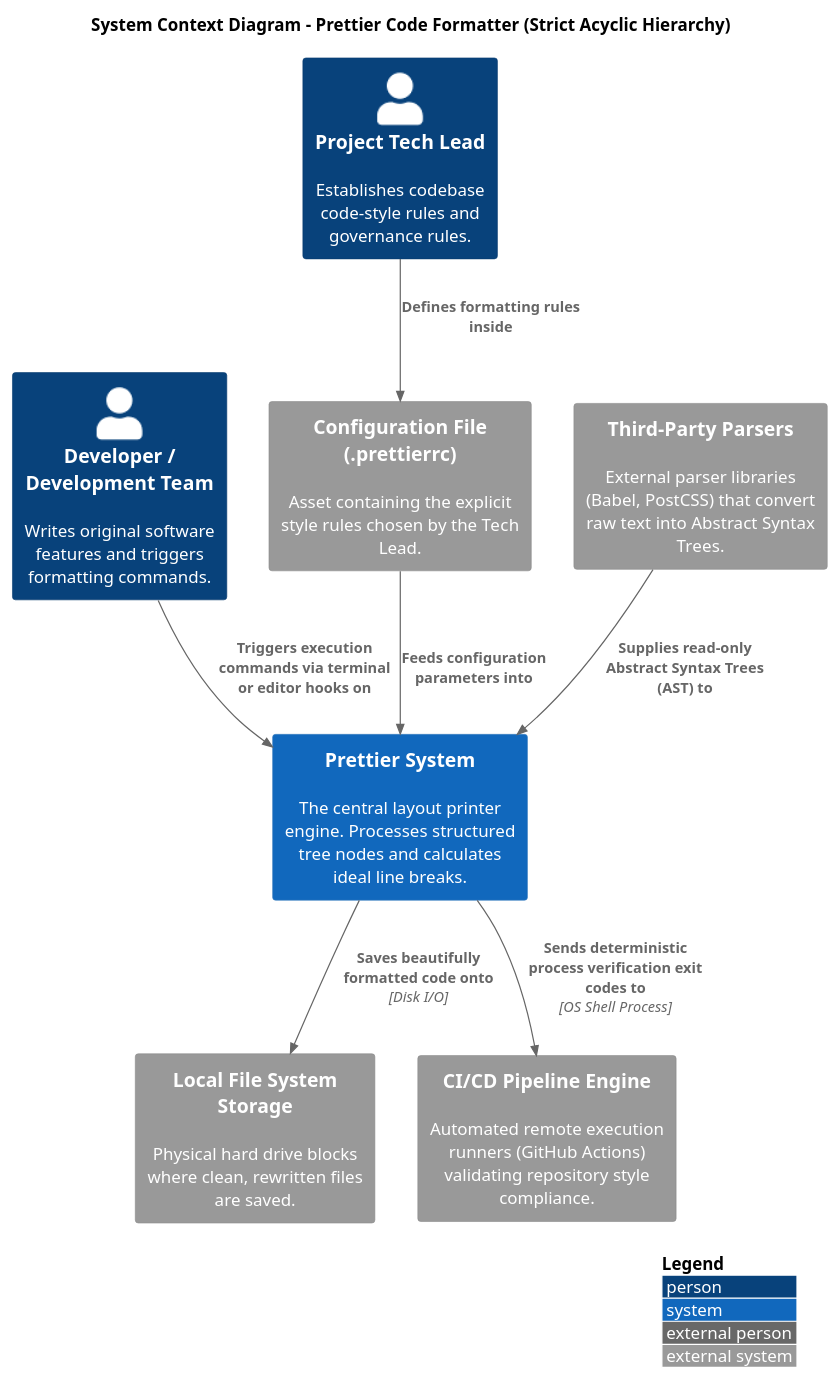
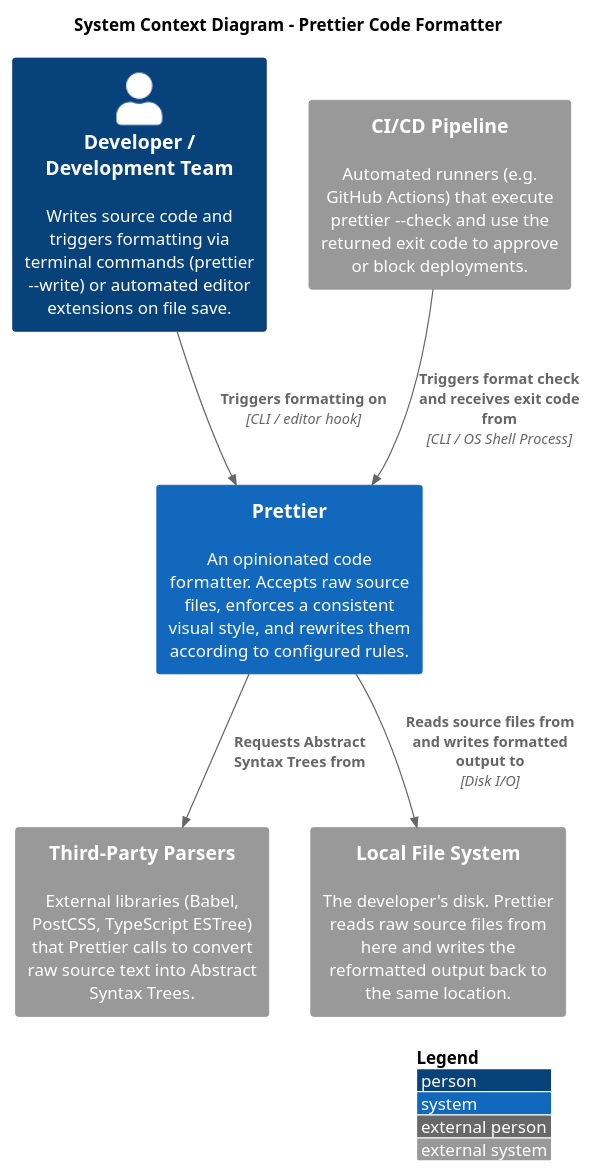
The diagram in Context.puml (Software-Design-Architecture-Group-8/project), drawn with PlantUML before and after one commit. The commit also changed 11 other files, not shown here.

```diff
--- a/Context.puml
+++ b/Context.puml
@@ -1,36 +1,22 @@
-@startuml Prettier_System_Context_Perfect
+@startuml Prettier_System_Context
 !include https://raw.githubusercontent.com/plantuml-stdlib/C4-PlantUML/master/C4_Context.puml
 
 LAYOUT_TOP_DOWN()
 LAYOUT_WITH_LEGEND()
 
-title System Context Diagram - Prettier Code Formatter (Strict Acyclic Hierarchy)
+title System Context Diagram - Prettier Code Formatter
 
-' === TOP TIER: HUMAN ACTORS (IN CONTROL) ===
-Person(developer, "Developer / Development Team", "Writes original software features and triggers formatting commands.")
-Person(tech_lead, "Project Tech Lead", "Establishes codebase code-style rules and governance rules.")
+Person(developer, "Developer / Development Team", "Writes source code and triggers formatting via terminal commands (prettier --write) or automated editor extensions on file save.")
 
-' === MIDDLE TIER: INPUT DEPENDENCIES & CORE ===
-System_Ext(prettier_config, "Configuration File (.prettierrc)", "Asset containing the explicit style rules chosen by the Tech Lead.")
-System_Ext(external_parsers, "Third-Party Parsers", "External parser libraries (Babel, PostCSS) that convert raw text into Abstract Syntax Trees.")
-System(prettier_system, "Prettier System", "The central layout printer engine. Processes structured tree nodes and calculates ideal line breaks.")
+System(prettier_system, "Prettier", "An opinionated code formatter. Accepts raw source files, enforces a consistent visual style, and rewrites them according to configured rules.")
 
-' === BOTTOM TIER: OUTPUT TARGETS (RECEIVERS) ===
-System_Ext(local_files, "Local File System Storage", "Physical hard drive blocks where clean, rewritten files are saved.")
-System_Ext(cicd_pipeline, "CI/CD Pipeline Engine", "Automated remote execution runners (GitHub Actions) validating repository style compliance.")
+System_Ext(external_parsers, "Third-Party Parsers", "External libraries (Babel, PostCSS, TypeScript ESTree) that Prettier calls to convert raw source text into Abstract Syntax Trees.")
+System_Ext(local_files, "Local File System", "The developer's disk. Prettier reads raw source files from here and writes the reformatted output back to the same location.")
+System_Ext(cicd_pipeline, "CI/CD Pipeline", "Automated runners (e.g. GitHub Actions) that execute prettier --check and use the returned exit code to approve or block deployments.")
 
-' --- DATA DIRECTION MAPPINGS (STRICTLY DOWNWARD) ---
+Rel(developer, prettier_system, "Triggers formatting on", "CLI / editor hook")
+Rel(cicd_pipeline, prettier_system, "Triggers format check and receives exit code from", "CLI / OS Shell Process")
+Rel(prettier_system, external_parsers, "Requests Abstract Syntax Trees from")
+Rel(prettier_system, local_files, "Reads source files from and writes formatted output to", "Disk I/O")
 
-' Humans configure and trigger things downwards
-Rel(tech_lead, prettier_config, "Defines formatting rules inside")
-Rel(developer, prettier_system, "Triggers execution commands via terminal or editor hooks on")
-
-' Inputs flow down/sideways into the Prettier Engine
-Rel(prettier_config, prettier_system, "Feeds configuration parameters into")
-Rel(external_parsers, prettier_system, "Supplies read-only Abstract Syntax Trees (AST) to")
-
-' Prettier pushes outputs strictly downward to the destination systems
-Rel(prettier_system, local_files, "Saves beautifully formatted code onto", "Disk I/O")
-Rel(prettier_system, cicd_pipeline, "Sends deterministic process verification exit codes to", "OS Shell Process")
-
-@endum
+@enduml
```
